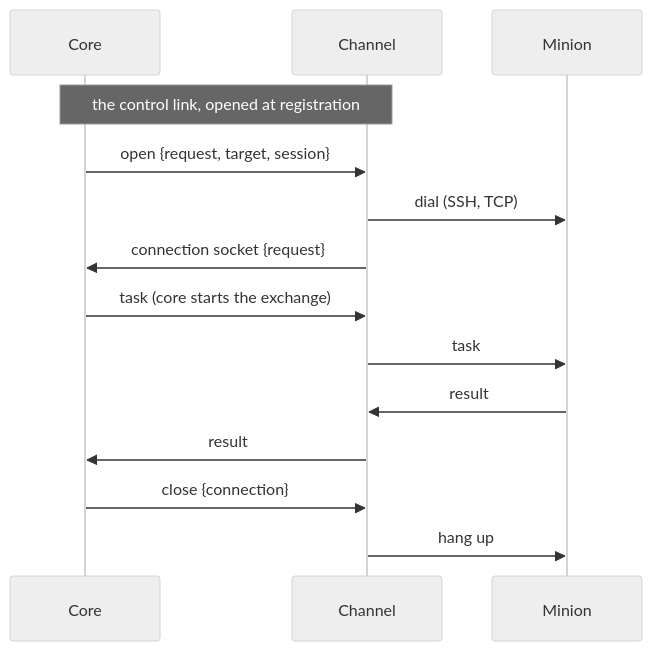
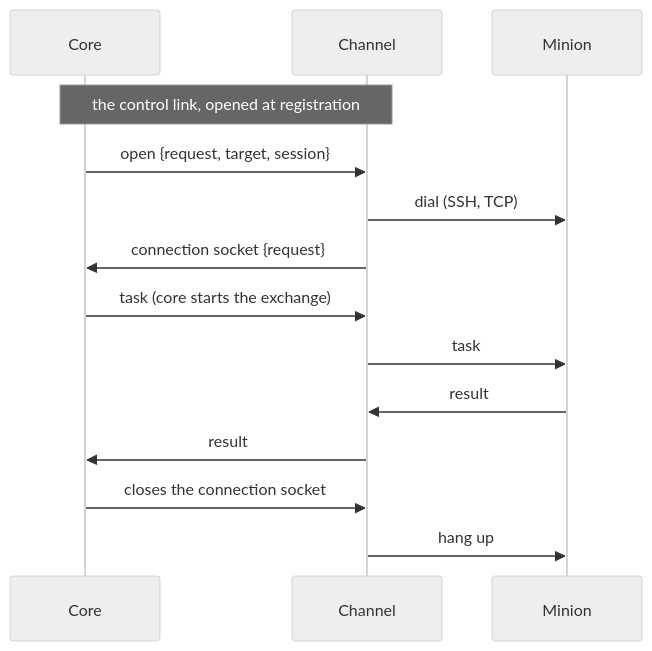
One commit to LogosCore/logos-docs changed the first of 2 diagrams in src/content/docs/module-types.md. Above: the diagram before and after it, drawn with Mermaid (neutral theme). The commit also changed other lines of this file, not shown here.

First line of the commit message:
Module types: the control link's and connection sockets' formats, decided

````diff
--- a/src/content/docs/module-types.md
+++ b/src/content/docs/module-types.md
@@ -105,16 +107,16 @@
 ```mermaid
 sequenceDiagram
     participant C as Core
     participant CH as Channel
     participant M as Minion
     Note over CH,C: the control link, opened at registration
     C->>CH: open {request, target, session}
     CH->>M: dial (SSH, TCP)
     CH->>C: connection socket {request}
     C->>CH: task (core starts the exchange)
     CH->>M: task
     M->>CH: result
     CH->>C: result
-    C->>CH: close {connection}
+    C->>CH: closes the connection socket
     CH->>M: hang up
 ```
````
